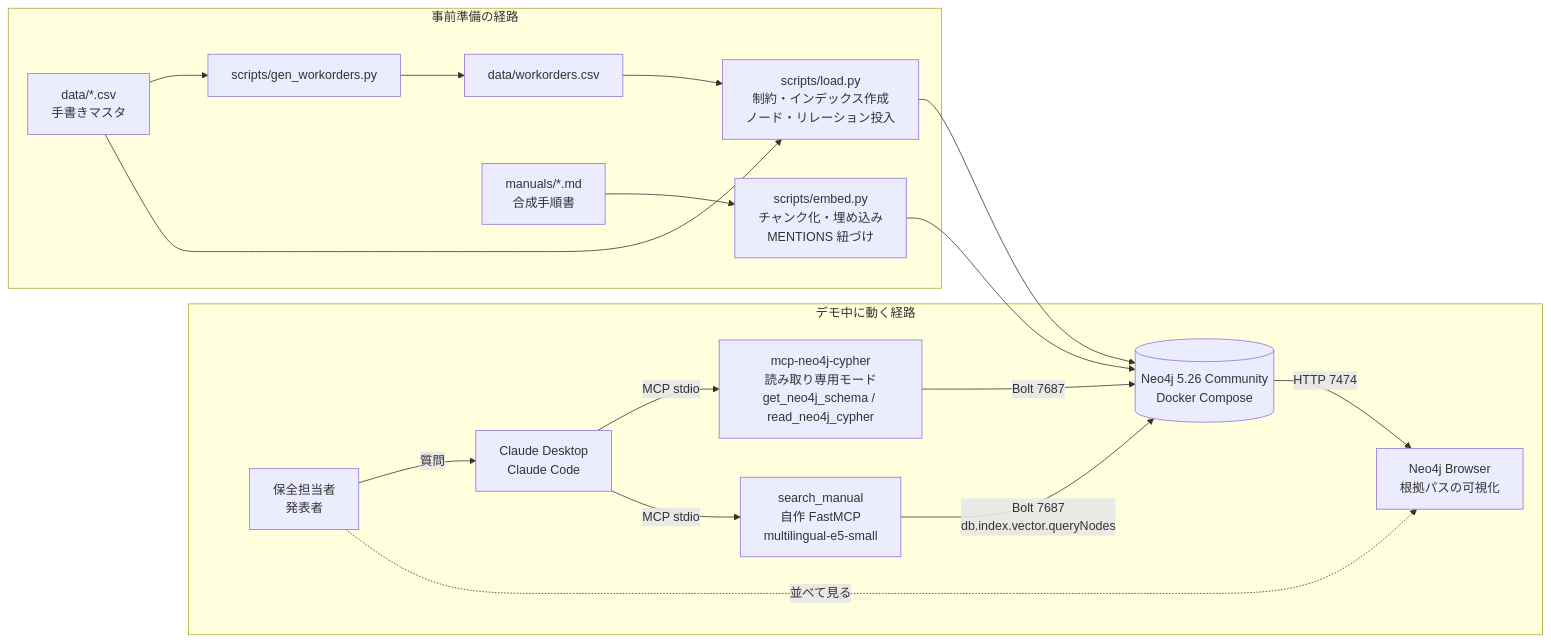
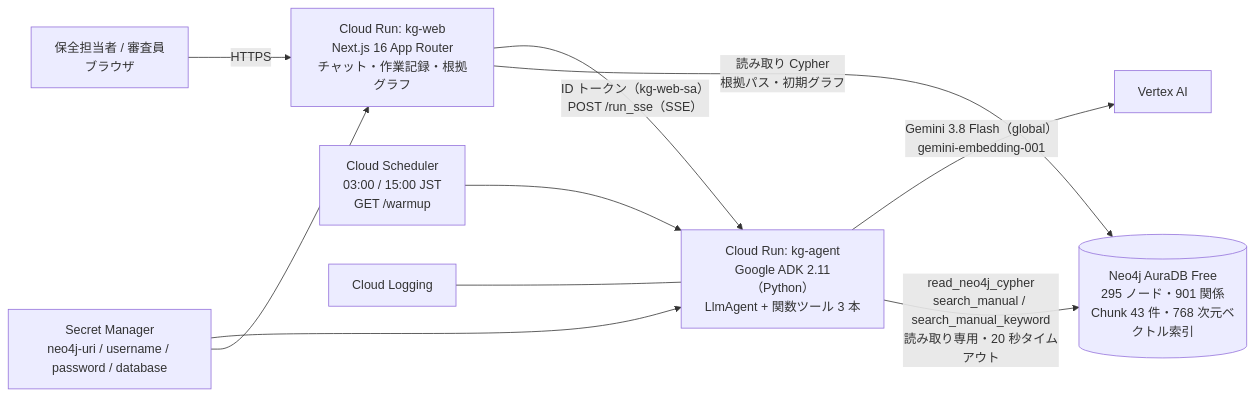
The first of 2 diagrams in docs/architecture.md (kurorooooo/kg-maintenance-agent), drawn with Mermaid before and after one commit. The commit also changed other lines of this file and 25 other files, not shown here.

````diff
--- a/docs/architecture.md
+++ b/docs/architecture.md
@@ -5,21 +7,12 @@
 ```mermaid
 flowchart LR
-  subgraph demo[デモ中に動く経路]
-    U[保全担当者<br/>発表者] -->|質問| CD[Claude Desktop<br/>Claude Code]
-    CD -->|MCP stdio| MCP1[mcp-neo4j-cypher<br/>読み取り専用モード<br/>get_neo4j_schema / read_neo4j_cypher]
-    CD -->|MCP stdio| MCP2[search_manual<br/>自作 FastMCP<br/>multilingual-e5-small]
-    MCP1 -->|Bolt 7687| DB[(Neo4j 5.26 Community<br/>Docker Compose)]
-    MCP2 -->|Bolt 7687<br/>db.index.vector.queryNodes| DB
-    DB -->|HTTP 7474| NB[Neo4j Browser<br/>根拠パスの可視化]
-    U -.->|並べて見る| NB
-  end
-
-  subgraph prep[事前準備の経路]
-    CSV[data/*.csv<br/>手書きマスタ] --> GEN[scripts/gen_workorders.py] --> WO[data/workorders.csv]
-    CSV --> LOAD[scripts/load.py<br/>制約・インデックス作成<br/>ノード・リレーション投入]
-    WO --> LOAD
-    MAN[manuals/*.md<br/>合成手順書] --> EMB[scripts/embed.py<br/>チャンク化・埋め込み<br/>MENTIONS 紐づけ]
-    LOAD --> DB
-    EMB --> DB
-  end
+  U[保全担当者 / 審査員<br/>ブラウザ] -->|HTTPS| WEB[Cloud Run: kg-web<br/>Next.js 16 App Router<br/>チャット・作業記録・根拠グラフ]
+  WEB -->|ID トークン（kg-web-sa）<br/>POST /run_sse（SSE）| AGENT[Cloud Run: kg-agent<br/>Google ADK 2.11（Python）<br/>LlmAgent + 関数ツール 3 本]
+  AGENT -->|Gemini 3.8 Flash（global）<br/>gemini-embedding-001| VAI[Vertex AI]
+  AGENT -->|read_neo4j_cypher<br/>search_manual / search_manual_keyword<br/>読み取り専用・20 秒タイムアウト| DB[(Neo4j AuraDB Free<br/>295 ノード・901 関係<br/>Chunk 43 件・768 次元ベクトル索引)]
+  WEB -->|読み取り Cypher<br/>根拠パス・初期グラフ| DB
+  SM[Secret Manager<br/>neo4j-uri / username / password / database] --> AGENT
+  SM --> WEB
+  SCH[Cloud Scheduler<br/>03:00 / 15:00 JST<br/>GET /warmup] --> AGENT
+  LOG[Cloud Logging] --- AGENT
 ```
````
